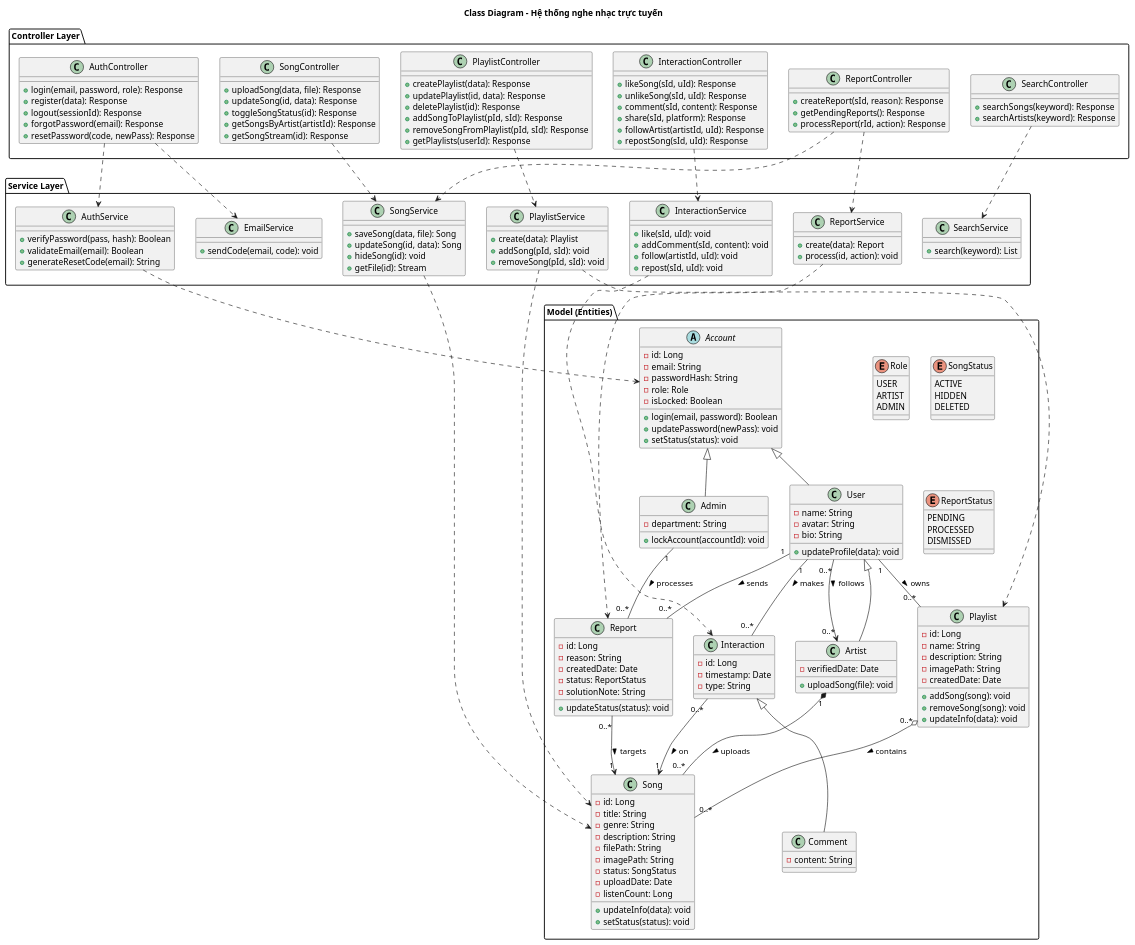
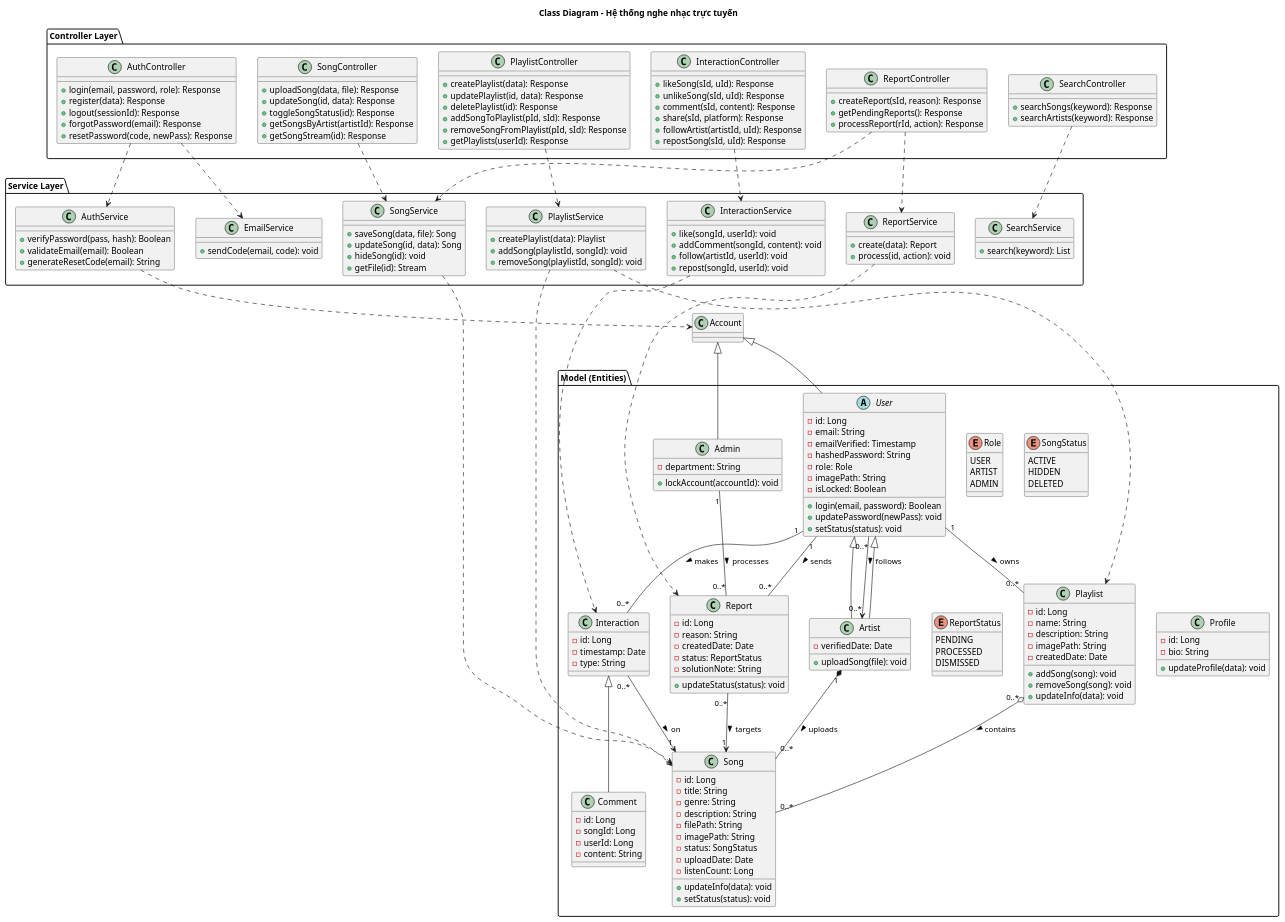
One commit to vinh047/soundwave changed the diagram in Diagrams/ClassDiagram.plantuml. Above: the diagram before and after it, drawn with PlantUML. The commit also changed 8 other files, not shown here.

Commit message:
Sửa Sequence Diagram 7 cái đầu

```diff
--- a/Diagrams/ClassDiagram.plantuml
+++ b/Diagrams/ClassDiagram.plantuml
@@ -23,25 +23,26 @@
         DISMISSED
     }
 
-    abstract class Account {
+    abstract class User {
         - id: Long
         - email: String
-        - passwordHash: String
+        - emailVerified: Timestamp
+        - hashedPassword: String
         - role: Role
+        - imagePath: String
         - isLocked: Boolean
         + login(email, password): Boolean
         + updatePassword(newPass): void
         + setStatus(status): void
     }
 
-    class User {
-        - name: String
-        - avatar: String
+    class Profile {
+        - id: Long
         - bio: String
         + updateProfile(data): void
     }
 
-    class Artist {
+    class Artist extends User {
         - verifiedDate: Date
         + uploadSong(file): void
     }
@@ -92,6 +93,9 @@
     }
 
     class Comment {
+        - id: Long
+        - songId: Long
+        - userId: Long
         - content: String
     }
 }
@@ -158,16 +162,16 @@
     }
 
     class PlaylistService {
-        + create(data): Playlist
-        + addSong(pId, sId): void
-        + removeSong(pId, sId): void
+        + createPlaylist(data): Playlist
+        + addSong(playlistId, songId): void
+        + removeSong(playlistId, songId): void
     }
 
     class InteractionService {
-        + like(sId, uId): void
-        + addComment(sId, content): void
-        + follow(artistId, uId): void
-        + repost(sId, uId): void
+        + like(songId, userId): void
+        + addComment(songId, content): void
+        + follow(artistId, userId): void
+        + repost(songId, userId): void
     }
 
     class ReportService {
```
